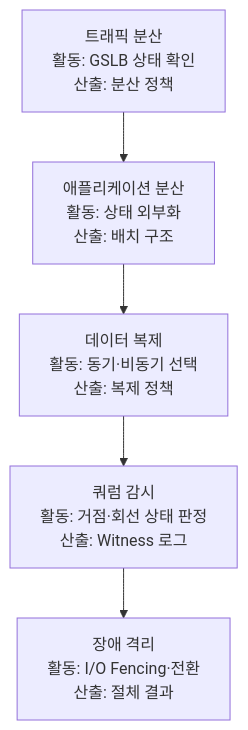
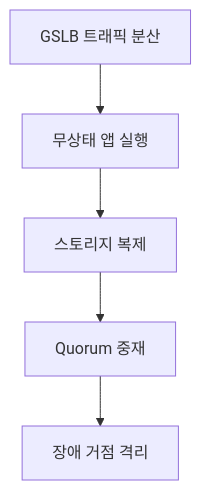
The first of 3 diagrams in src/content/docs/notes/itpe/01-it-strategy/027_active_active_storage_dr.md (agnusdei1207/study), drawn with Mermaid before and after one commit. The commit also changed other lines of this file and 19 other files, not shown here.

````diff
--- a/src/content/docs/notes/itpe/01-it-strategy/027_active_active_storage_dr.md
+++ b/src/content/docs/notes/itpe/01-it-strategy/027_active_active_storage_dr.md
@@ -54,7 +54,7 @@
 ```mermaid
 flowchart TD
-    A["트래픽 분산<br/>활동: GSLB 상태 확인<br/>산출: 분산 정책"] --> B["애플리케이션 분산<br/>활동: 상태 외부화<br/>산출: 배치 구조"]
-    B --> C["데이터 복제<br/>활동: 동기·비동기 선택<br/>산출: 복제 정책"]
-    C --> D["쿼럼 감시<br/>활동: 거점·회선 상태 판정<br/>산출: Witness 로그"]
-    D --> E["장애 격리<br/>활동: I/O Fencing·전환<br/>산출: 절체 결과"]
+    A["GSLB 트래픽 분산"] --> B["무상태 앱 실행"]
+    B --> C["스토리지 복제"]
+    C --> D["Quorum 중재"]
+    D --> E["장애 거점 격리"]
 ```
````
